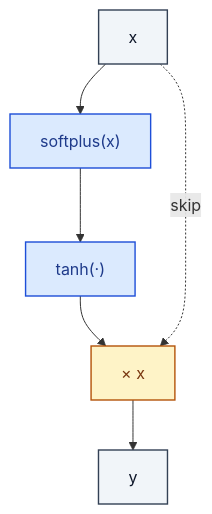
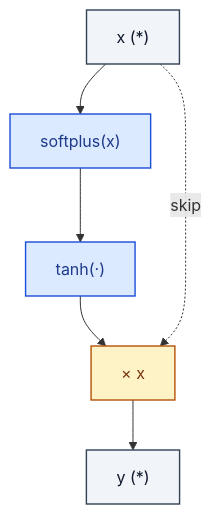
The diagram in core/Mish.md (RealityShifts/Srivastava-book-of-Blocks-diagrams), drawn with Mermaid before and after one commit. The commit also changed 123 other files, not shown here.

````diff
--- a/core/Mish.md
+++ b/core/Mish.md
@@ -7,22 +7,23 @@
 ```mermaid
 flowchart TD
-    n0_0["x"]:::io
+    n0_0["x  (*)"]:::io
     n1_0["softplus(x)"]:::op
     n2_0["tanh(·)"]:::op
     n3_0["× x"]:::merge
-    n4_0["y"]:::io
+    n4_0["y  (*)"]:::io
     n0_0 --> n1_0
     n1_0 --> n2_0
     n2_0 --> n3_0
     n3_0 --> n4_0
     n0_0 -. skip .-> n3_0
     classDef io fill:#f1f5f9,stroke:#334155,stroke-width:1.4px,color:#0f172a
     classDef op fill:#dbeafe,stroke:#1d4ed8,stroke-width:1.4px,color:#1e3a8a
     classDef norm fill:#dcfce7,stroke:#15803d,stroke-width:1.4px,color:#14532d
     classDef act fill:#ffedd5,stroke:#c2410c,stroke-width:1.4px,color:#7c2d12
     classDef attn fill:#ede9fe,stroke:#6d28d9,stroke-width:1.4px,color:#4c1d95
     classDef merge fill:#fef3c7,stroke:#b45309,stroke-width:1.4px,color:#78350f
     classDef emb fill:#fef9c3,stroke:#a16207,stroke-width:1.4px,color:#713f12
     classDef loss fill:#fee2e2,stroke:#b91c1c,stroke-width:1.4px,color:#7f1d1d
     classDef ctrl fill:#f5f5f4,stroke:#52525b,stroke-width:1.4px,color:#27272a
+    classDef ref fill:#e0f2fe,stroke:#0369a1,stroke-width:2px,color:#0c4a6e,stroke-dasharray: 4 2
 ```
````
